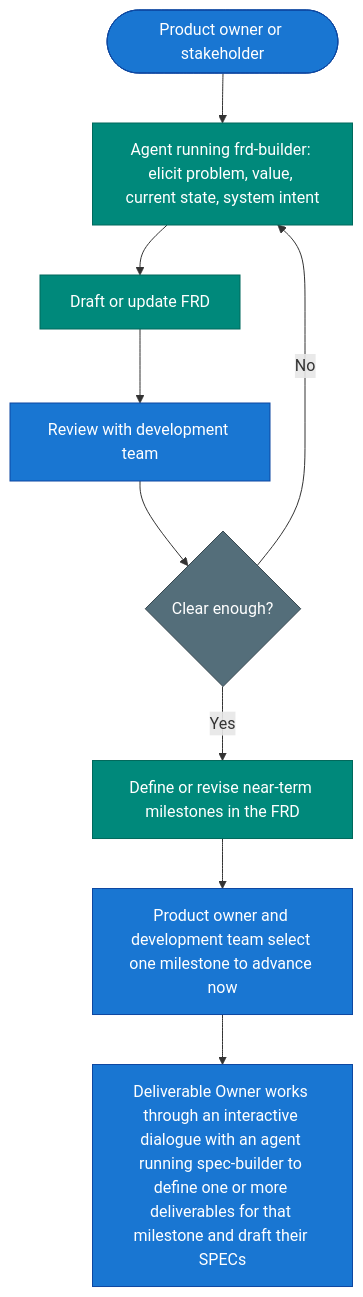
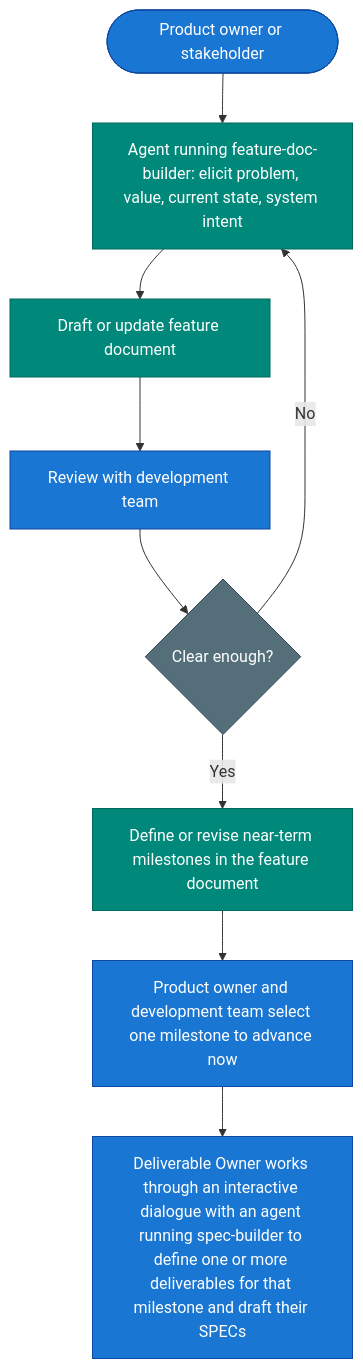
The second of 3 diagrams in zazz-framework.md (zazzcode/zazz-skills), drawn with Mermaid before and after one commit. The commit also changed other lines of this file and 7 other files, not shown here.

Commit message:
Rename feature document skill and terminology

````diff
--- a/zazz-framework.md
+++ b/zazz-framework.md
@@ -385,19 +385,19 @@
 ```mermaid
 flowchart TD
-    A([Product owner or stakeholder]) --> B[Agent running frd-builder: elicit problem, value, current state, system intent]
-    B --> C[Draft or update FRD]
+    A([Product owner or stakeholder]) --> B[Agent running feature-doc-builder: elicit problem, value, current state, system intent]
+    B --> C[Draft or update feature document]
     C --> D[Review with development team]
     D --> E{Clear enough?}
     E -->|No| B
-    E -->|Yes| F[Define or revise near-term milestones in the FRD]
+    E -->|Yes| F[Define or revise near-term milestones in the feature document]
     F --> G[Product owner and development team select one milestone to advance now]
     G --> H[Deliverable Owner works through an interactive dialogue with an agent running spec-builder to define one or more deliverables for that milestone and draft their SPECs]
 
     classDef human fill:#1976d2,stroke:#0d47a1,color:#fff
     classDef agent fill:#00897b,stroke:#00695c,color:#fff
     classDef decision fill:#546e7a,stroke:#37474f,color:#fff
     class A,D human
     class B,C,F agent
     class G,H human
     class E decision
 ```
````
